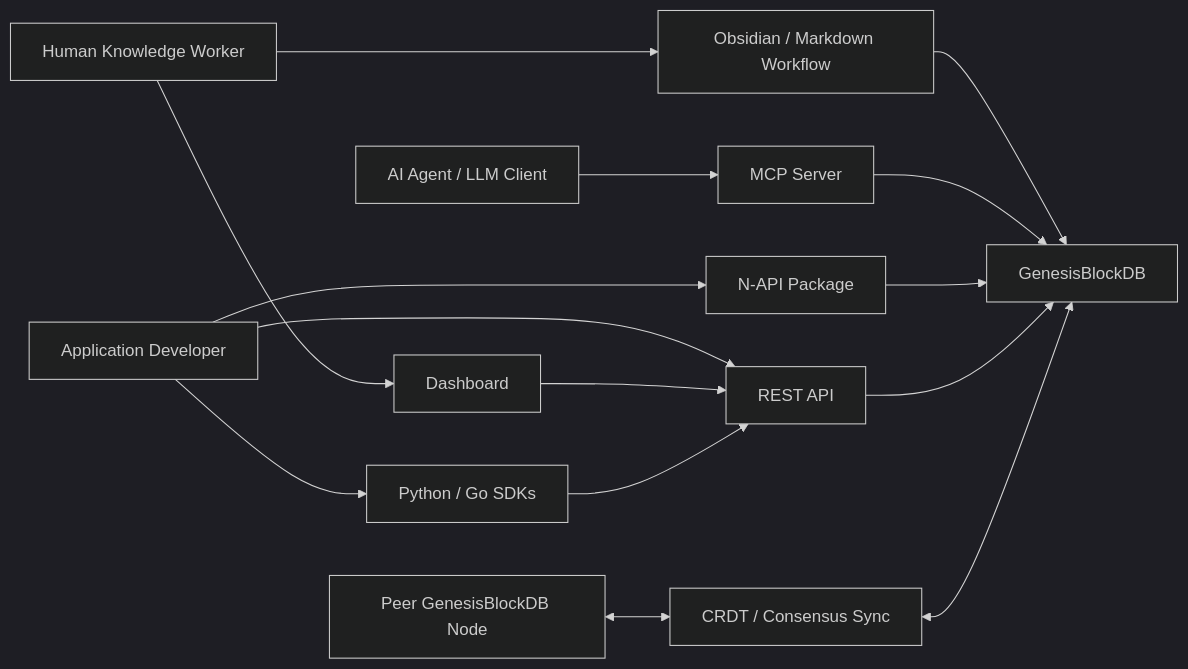
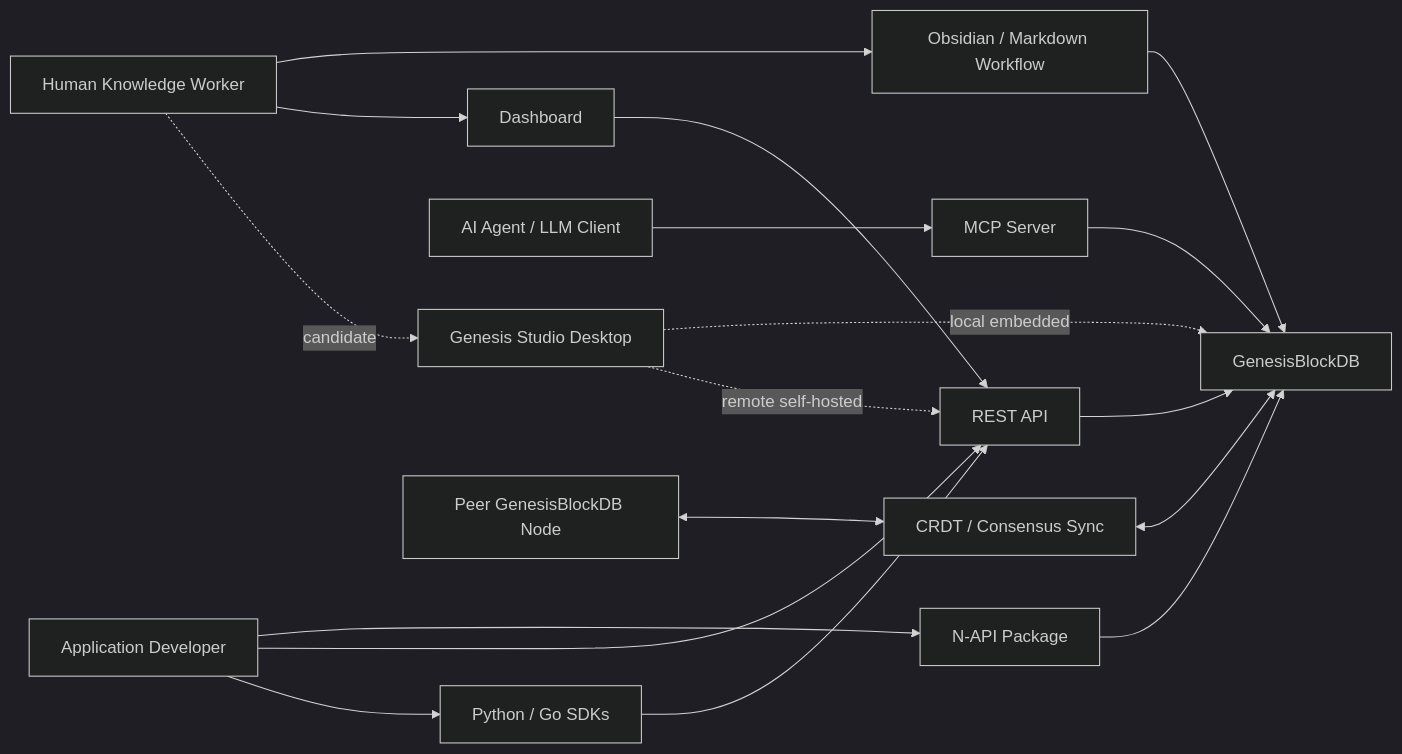
One commit to Freshair129/GenesisBlock changed the first of 2 diagrams in docs/C4--GENESISDB-ARCHITECTURE.md. Above: the diagram before and after it, drawn with Mermaid (dark theme). The commit also changed other lines of this file and 45 other files, not shown here.

Commit message:
feat: add Genesis Studio read-only controller

````diff
--- a/docs/C4--GENESISDB-ARCHITECTURE.md
+++ b/docs/C4--GENESISDB-ARCHITECTURE.md
@@ -62,18 +62,21 @@
 ```mermaid
 flowchart LR
     human["Human Knowledge Worker"] --> obsidian["Obsidian / Markdown Workflow"]
     human --> dashboard["Dashboard"]
+    human -. candidate .-> studio["Genesis Studio Desktop"]
     agent["AI Agent / LLM Client"] --> mcp["MCP Server"]
     app["Application Developer"] --> napi["N-API Package"]
     app --> rest["REST API"]
     app --> sdk["Python / Go SDKs"]
     peer["Peer GenesisBlockDB Node"] <--> sync["CRDT / Consensus Sync"]
 
     obsidian --> core["GenesisBlockDB"]
     dashboard --> rest
+    studio -. local embedded .-> core
+    studio -. remote self-hosted .-> rest
     mcp --> core
     napi --> core
     rest --> core
     sdk --> rest
     sync <--> core
 ```
````
